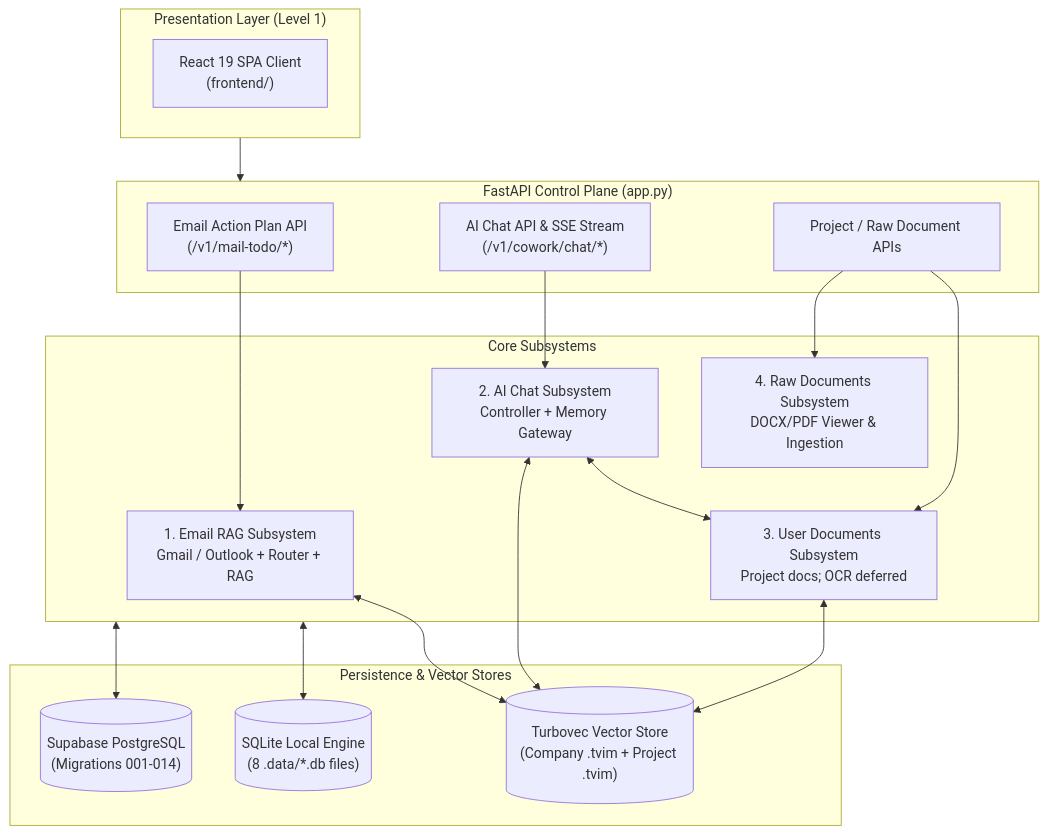
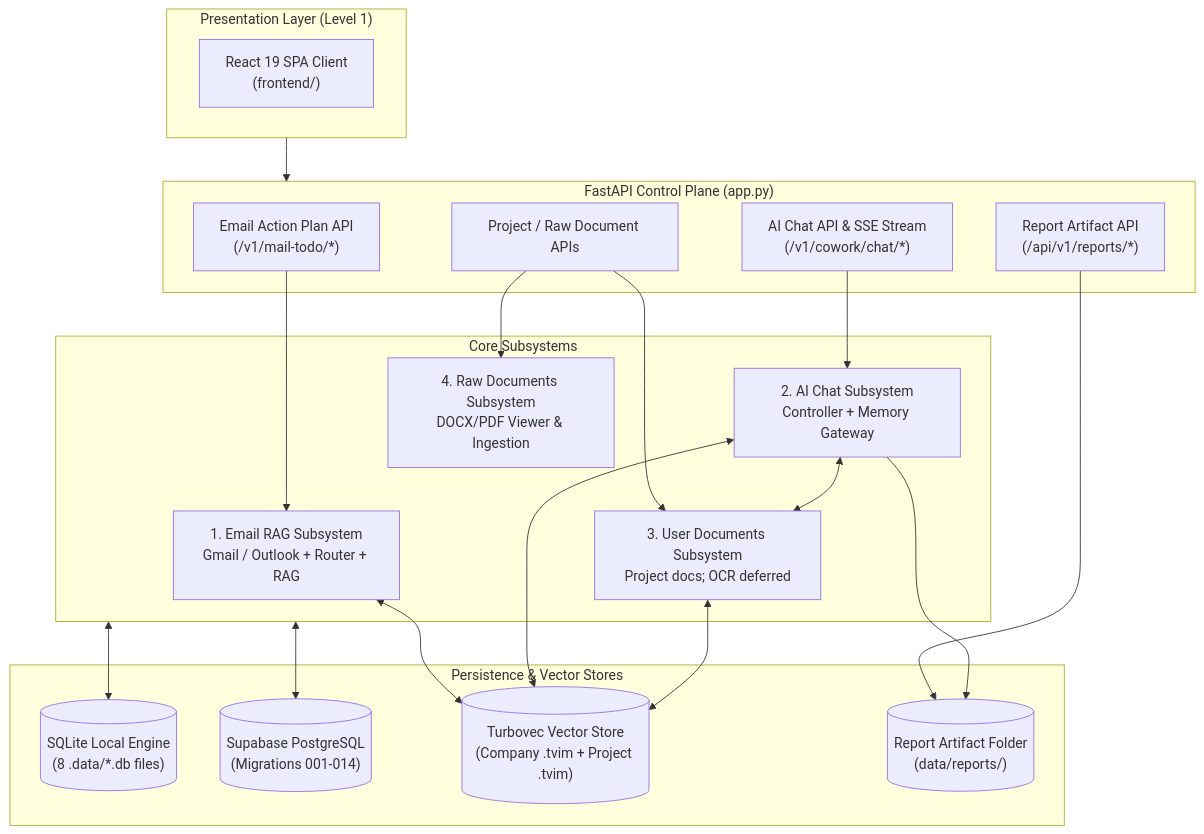
Before and after one commit to MathematicGuy/EMAIL-AGENT-v1: the diagram in docs/architectures/current-architectures/README.md, drawn with Mermaid. The commit also changed other lines of this file and 14 other files, not shown here.

First line of the commit message:
feat(reports): give report artifacts a module with one filename rule

````diff
--- a/docs/architectures/current-architectures/README.md
+++ b/docs/architectures/current-architectures/README.md
@@ -15,38 +15,42 @@
 ```mermaid
 flowchart TB
     subgraph CLIENTS["Presentation Layer (Level 1)"]
         UI_REACT["React 19 SPA Client<br/>(frontend/)"]
     end
 
     subgraph API["FastAPI Control Plane (app.py)"]
         EMAIL_API["Email Action Plan API<br/>(/v1/mail-todo/*)"]
         CHAT_API["AI Chat API & SSE Stream<br/>(/v1/cowork/chat/*)"]
         DOC_API["Project / Raw Document APIs"]
+        REPORT_API["Report Artifact API<br/>(/api/v1/reports/*)"]
     end
 
     subgraph SUBSYSTEMS["Core Subsystems"]
         SUB_EMAIL["1. Email RAG Subsystem<br/>Gmail / Outlook + Router + RAG"]
         SUB_CHAT["2. AI Chat Subsystem<br/>Controller + Memory Gateway"]
         SUB_DOCS["3. User Documents Subsystem<br/>Project docs; OCR deferred"]
         SUB_RAW["4. Raw Documents Subsystem<br/>DOCX/PDF Viewer & Ingestion"]
     end
 
     subgraph STORES["Persistence & Vector Stores"]
         DB_LOCAL[("SQLite Local Engine<br/>(8 .data/*.db files)")]
         DB_PG[("Supabase PostgreSQL<br/>(Migrations 001-014)")]
         VECTOR[("Turbovec Vector Store<br/>(Company .tvim + Project .tvim)")]
+        REPORTS[("Report Artifact Folder<br/>(data/reports/)")]
     end
 
     CLIENTS --> API
     EMAIL_API --> SUB_EMAIL
     CHAT_API --> SUB_CHAT
     DOC_API --> SUB_DOCS
     DOC_API --> SUB_RAW
+    REPORT_API --> REPORTS
+    SUB_CHAT --> REPORTS
     
     SUB_CHAT <--> SUB_DOCS
     SUB_EMAIL <--> VECTOR
     SUB_CHAT <--> VECTOR
     SUB_DOCS <--> VECTOR
     SUBSYSTEMS <--> DB_LOCAL
     SUBSYSTEMS <--> DB_PG
 ```
````
